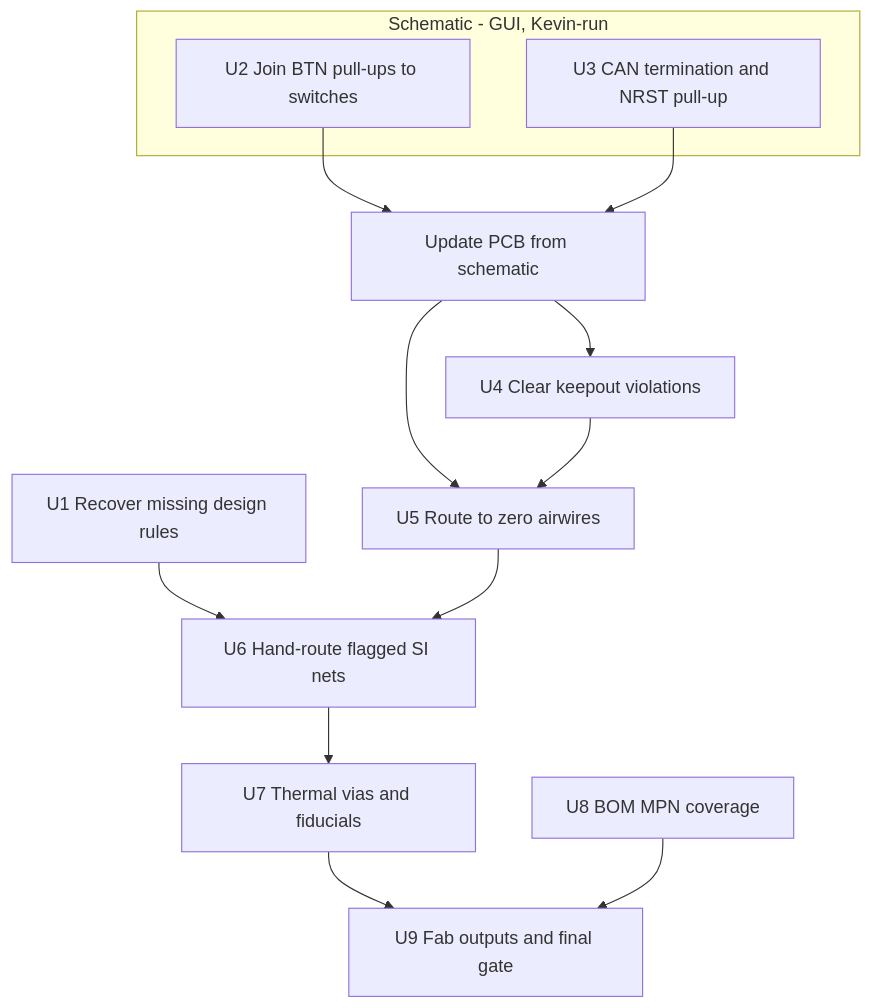
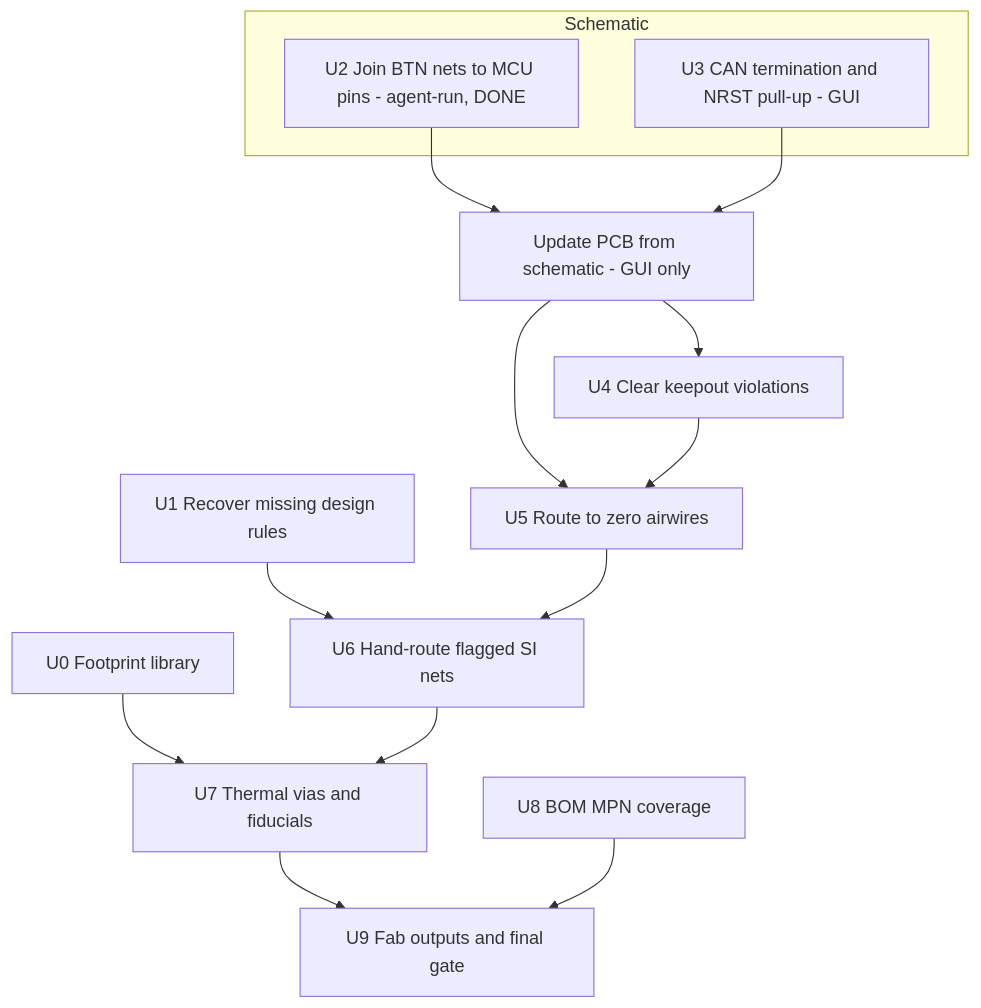
The diagram in docs/plans/2026-07-27-002-fix-board3-fab-ready-in-kicad-plan.md (kms254/Mustang-Dash-Test), drawn with Mermaid before and after one commit. The commit also changed other lines of this file and 1 other file, not shown here.

````diff
--- a/docs/plans/2026-07-27-002-fix-board3-fab-ready-in-kicad-plan.md
+++ b/docs/plans/2026-07-27-002-fix-board3-fab-ready-in-kicad-plan.md
@@ -129,17 +139,18 @@
 ```mermaid
 flowchart TB
+  U0[U0 Footprint library] --> U7[U7 Thermal vias and fiducials]
   U1[U1 Recover missing design rules] --> U6[U6 Hand-route flagged SI nets]
-  subgraph SCH[Schematic - GUI, Kevin-run]
-    U2[U2 Join BTN pull-ups to switches]
-    U3[U3 CAN termination and NRST pull-up]
+  subgraph SCH[Schematic]
+    U2[U2 Join BTN nets to MCU pins - agent-run, DONE]
+    U3[U3 CAN termination and NRST pull-up - GUI]
   end
-  U2 --> SYNC[Update PCB from schematic]
+  U2 --> SYNC[Update PCB from schematic - GUI only]
   U3 --> SYNC
   SYNC --> U4[U4 Clear keepout violations]
   SYNC --> U5[U5 Route to zero airwires]
   U4 --> U5
   U5 --> U6
   U6 --> U7[U7 Thermal vias and fiducials]
   U7 --> U9[U9 Fab outputs and final gate]
   U8[U8 BOM MPN coverage] --> U9
 ```
````
